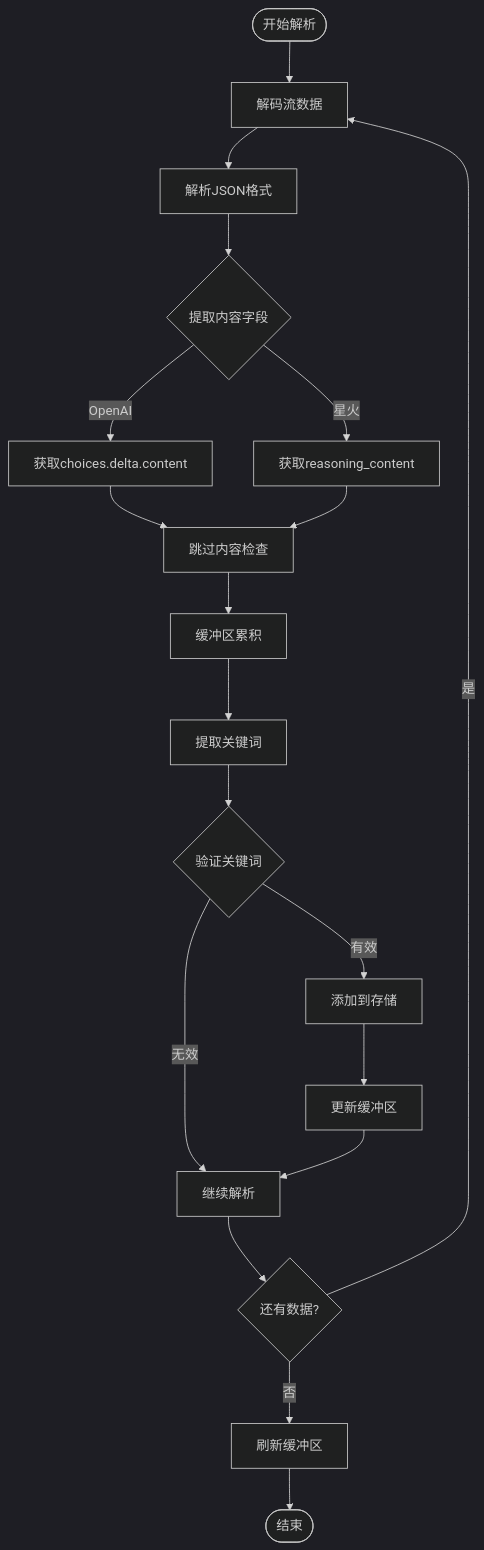
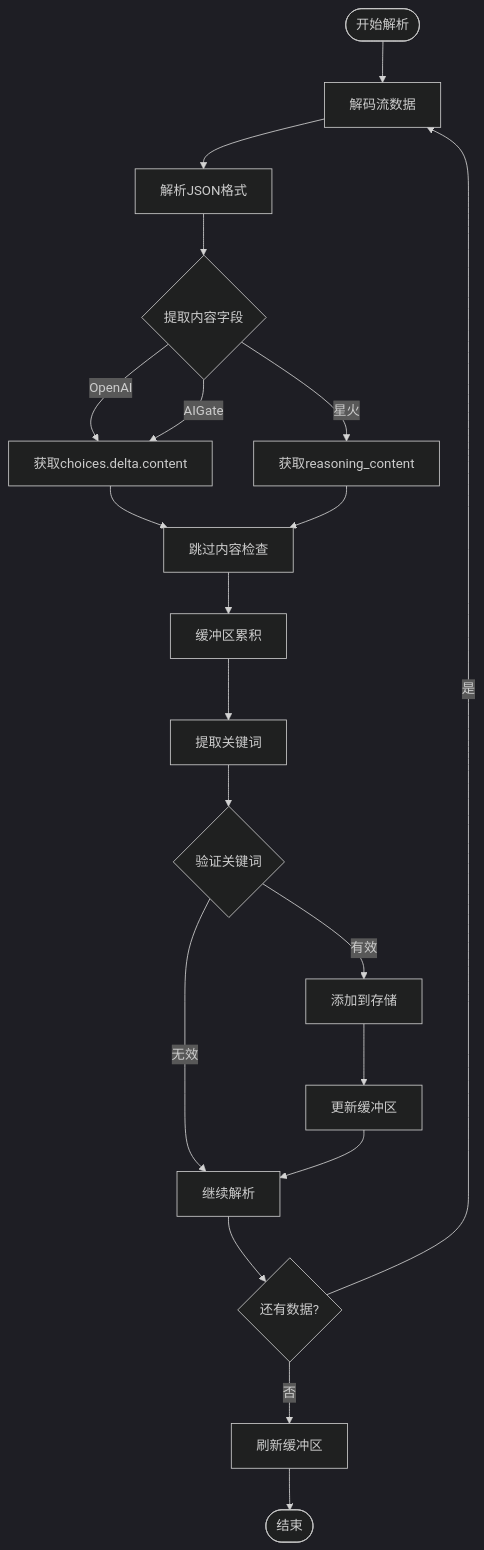
One commit to RadiumAg/bilibili-favorites changed the seventh of 12 diagrams in .qoder/repowiki/zh/content/核心功能模块/AI关键词提取系统.md. Above: the diagram before and after it, drawn with Mermaid (dark theme). The commit also changed other lines of this file and 2 other files, not shown here.

````diff
--- a/.qoder/repowiki/zh/content/核心功能模块/AI关键词提取系统.md
+++ b/.qoder/repowiki/zh/content/核心功能模块/AI关键词提取系统.md
@@ -244,21 +345,22 @@
 ```mermaid
 flowchart TD
 Start([开始解析]) --> Decode[解码流数据]
 Decode --> ParseJSON[解析JSON格式]
 ParseJSON --> ExtractContent{提取内容字段}
 ExtractContent --> |OpenAI| GetContent[获取choices.delta.content]
 ExtractContent --> |星火| GetReasoning[获取reasoning_content]
+ExtractContent --> |AIGate| GetContent
 GetContent --> SkipCheck[跳过内容检查]
 GetReasoning --> SkipCheck
 SkipCheck --> BufferAccumulate[缓冲区累积]
 BufferAccumulate --> ExtractKeyword[提取关键词]
 ExtractKeyword --> ValidateKeyword{验证关键词}
 ValidateKeyword --> |有效| AddToStore[添加到存储]
 ValidateKeyword --> |无效| ContinueParse[继续解析]
 AddToStore --> UpdateBuffer[更新缓冲区]
 UpdateBuffer --> ContinueParse
 ContinueParse --> MoreData{还有数据?}
 MoreData --> |是| Decode
 MoreData --> |否| Flush[刷新缓冲区]
 Flush --> End([结束])
 ```
````
